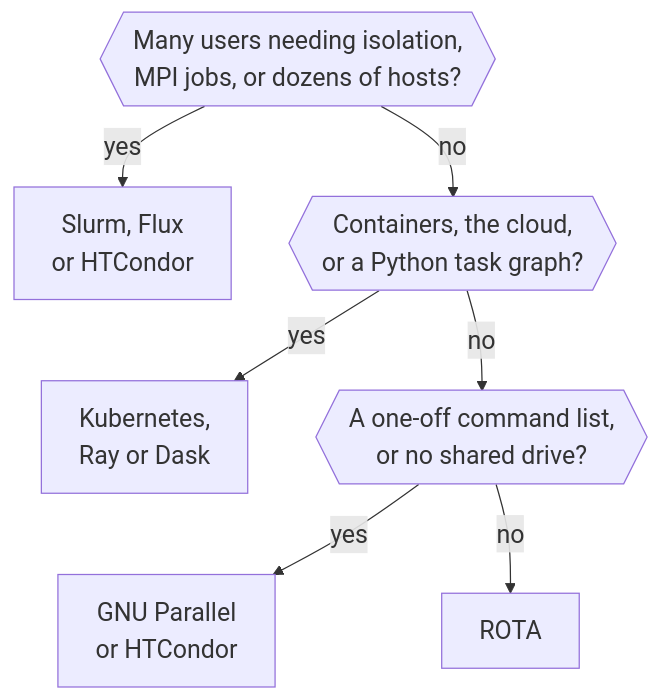
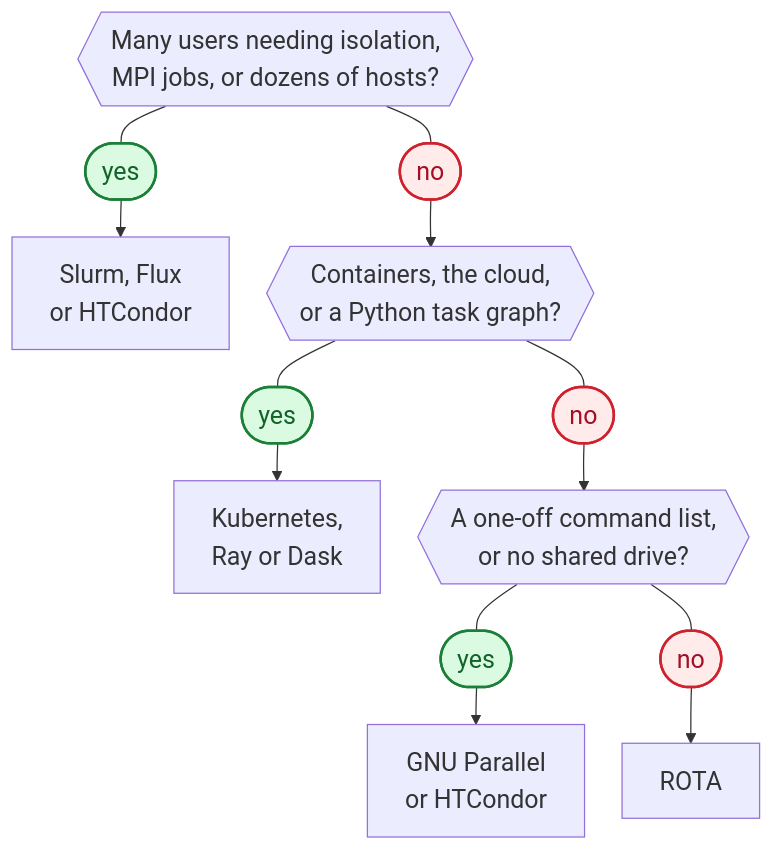
The diagram in README.md (NikVetr/rota), drawn with Mermaid before and after one commit.

Commit message:
Show the flowchart's answers as padded green and red pills

````diff
--- a/README.md
+++ b/README.md
@@ -40,12 +40,14 @@
 ```mermaid
-%%{init: {"themeVariables": {"fontSize": "20px"}, "flowchart": {"nodeSpacing": 30, "rankSpacing": 35, "wrappingWidth": 300}}}%%
+%%{init: {"themeVariables": {"fontSize": "20px"}, "flowchart": {"nodeSpacing": 30, "rankSpacing": 30, "wrappingWidth": 300}}}%%
 flowchart TD
-    users{{Many users needing isolation,<br/>MPI jobs, or dozens of hosts?}} -- yes --> slurm[Slurm, Flux<br/>or HTCondor]
-    users -- no --> stack{{Containers, the cloud,<br/>or a Python task graph?}}
-    stack -- yes --> k8s[Kubernetes,<br/>Ray or Dask]
-    stack -- no --> list{{A one-off command list,<br/>or no shared drive?}}
-    list -- yes --> parallel[GNU Parallel<br/>or HTCondor]
-    list -- no --> rota[ROTA]
-    %% Invisible links keep the answers in one column beside the questions.
-    slurm ~~~ k8s ~~~ parallel
+    users{{Many users needing isolation,<br/>MPI jobs, or dozens of hosts?}} --- y1([yes]) --> slurm[Slurm, Flux<br/>or HTCondor]
+    users --- n1([no]) --> stack{{Containers, the cloud,<br/>or a Python task graph?}}
+    stack --- y2([yes]) --> k8s[Kubernetes,<br/>Ray or Dask]
+    stack --- n2([no]) --> list{{A one-off command list,<br/>or no shared drive?}}
+    list --- y3([yes]) --> parallel[GNU Parallel<br/>or HTCondor]
+    list --- n3([no]) --> rota[ROTA]
+    classDef yes fill:#dafbe1,stroke:#1a7f37,color:#116329,stroke-width:2px
+    classDef no fill:#ffebe9,stroke:#cf222e,color:#a40e26,stroke-width:2px
+    class y1,y2,y3 yes
+    class n1,n2,n3 no
 ```
````
